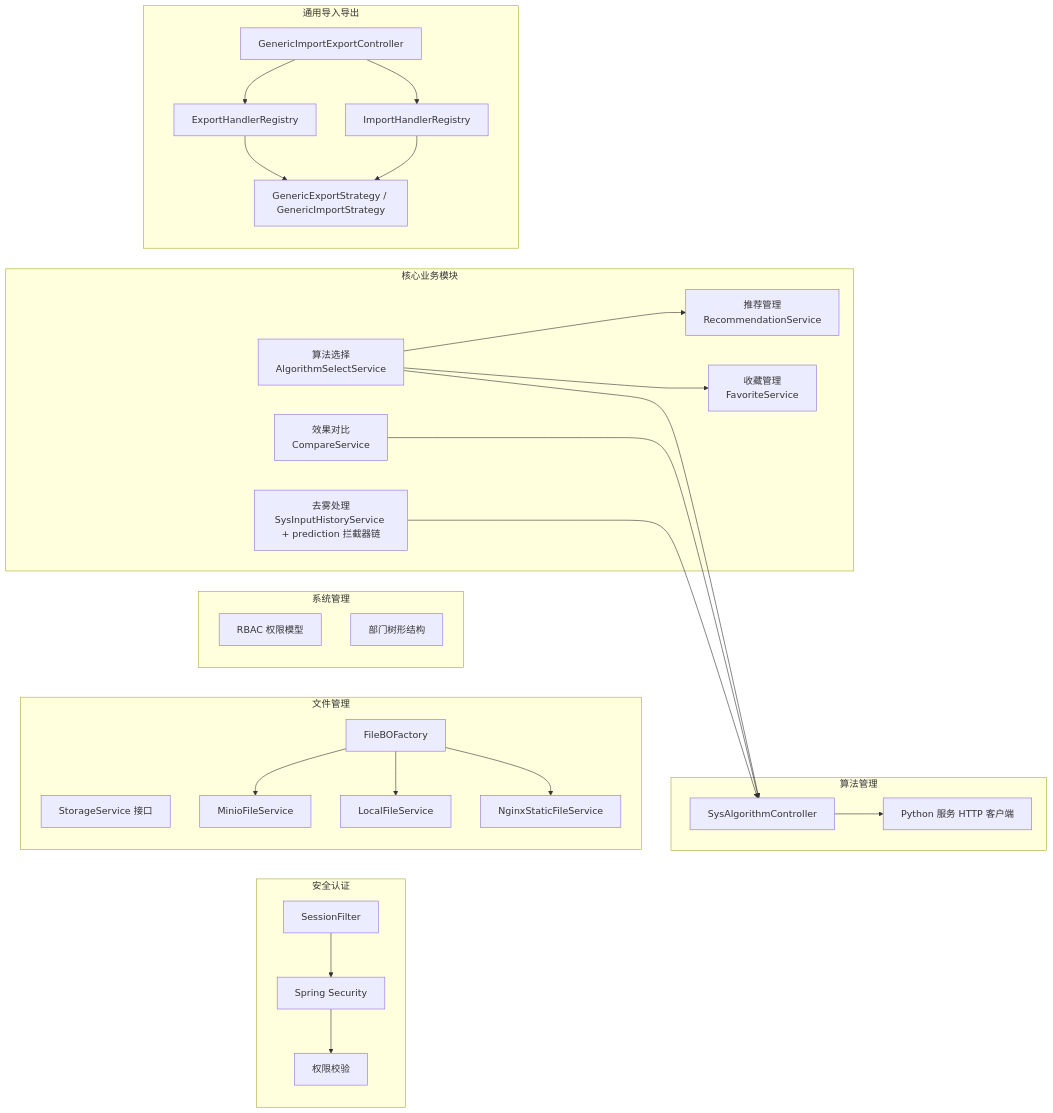
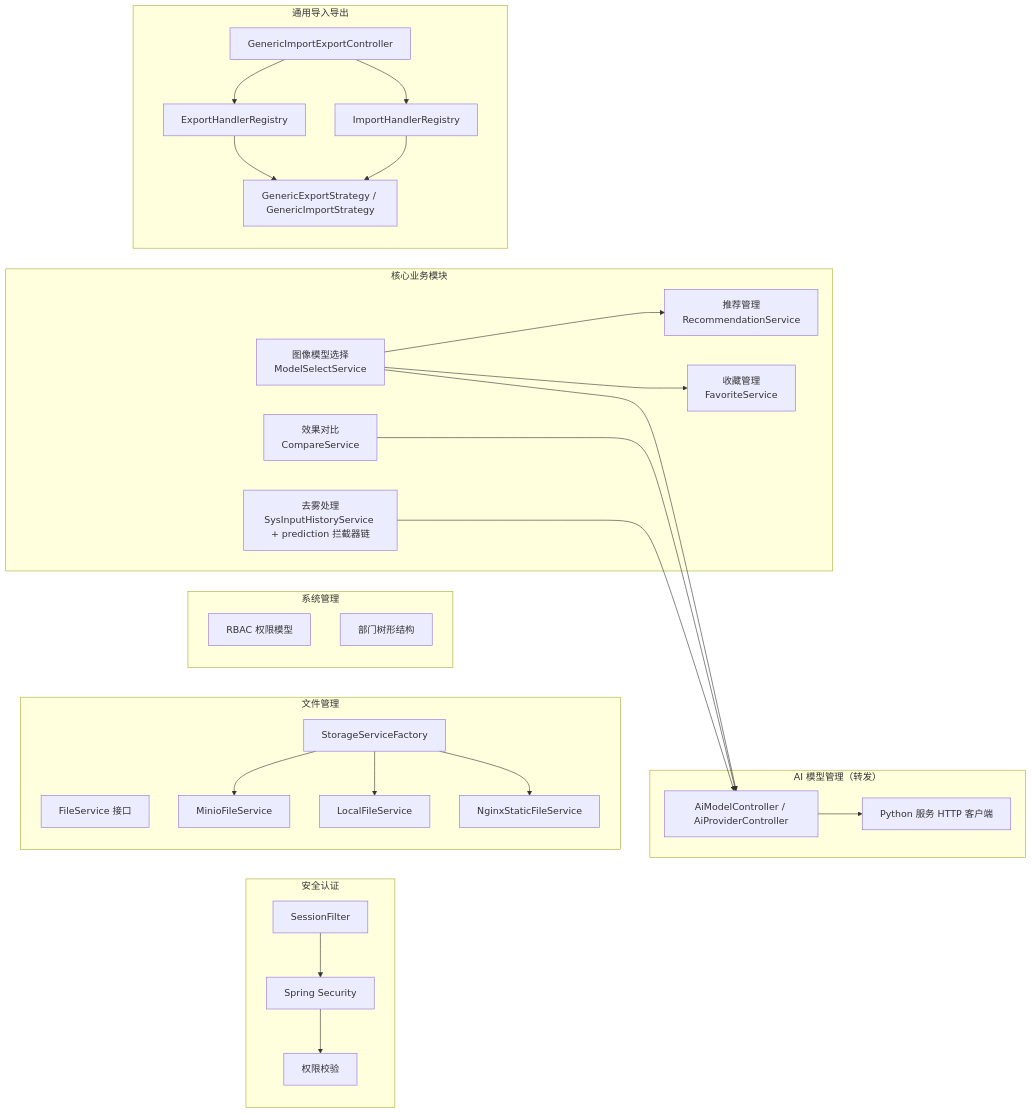
One commit to earthy-zinc/dehaze-system changed the third of 8 diagrams in dehaze-doc/docs/04-项目实现/后端/01-Java架构文档.md. Above: the diagram before and after it, drawn with Mermaid. The commit also changed other lines of this file and 239 other files, not shown here.

````diff
--- a/dehaze-doc/docs/04-项目实现/后端/01-Java架构文档.md
+++ b/dehaze-doc/docs/04-项目实现/后端/01-Java架构文档.md
@@ -154,57 +158,57 @@
 ```mermaid
 flowchart LR
     subgraph Security["安全认证"]
         SessionFilter["SessionFilter"]
         SecurityConfig["Spring Security"]
         PermissionService["权限校验"]
     end
 
     subgraph Storage["文件管理"]
-        StorageInterface["StorageService 接口"]
+        StorageInterface["FileService 接口"]
         Minio["MinioFileService"]
         Local["LocalFileService"]
         NginxStatic["NginxStaticFileService"]
-        Factory["FileBOFactory"]
+        Factory["StorageServiceFactory"]
     end
 
     subgraph System["系统管理"]
         RBAC["RBAC 权限模型"]
         DeptTree["部门树形结构"]
     end
 
-    subgraph Algorithm["算法管理"]
-        AlgoCtrl["SysAlgorithmController"]
+    subgraph Algorithm["AI 模型管理（转发）"]
+        AlgoCtrl["AiModelController / AiProviderController"]
         PythonClient["Python 服务 HTTP 客户端"]
     end
 
     subgraph CoreBusiness["核心业务模块"]
         Dehaze["去雾处理<br/>SysInputHistoryService + prediction 拦截器链"]
         Compare["效果对比<br/>CompareService"]
-        AlgoSelect["算法选择<br/>AlgorithmSelectService"]
+        AlgoSelect["图像模型选择<br/>ModelSelectService"]
         Recommend["推荐管理<br/>RecommendationService"]
         Favorite["收藏管理<br/>FavoriteService"]
     end
 
     subgraph ImportExport["通用导入导出"]
         GenericCtrl["GenericImportExportController"]
         ExportRegistry["ExportHandlerRegistry"]
         ImportRegistry["ImportHandlerRegistry"]
         Strategy["GenericExportStrategy / GenericImportStrategy"]
     end
 
     SessionFilter --> SecurityConfig
     SecurityConfig --> PermissionService
     Factory --> Minio
     Factory --> Local
     Factory --> NginxStatic
     AlgoCtrl --> PythonClient
     Dehaze --> AlgoCtrl
     Compare --> AlgoCtrl
     AlgoSelect --> AlgoCtrl
     AlgoSelect --> Recommend
     AlgoSelect --> Favorite
     GenericCtrl --> ExportRegistry
     GenericCtrl --> ImportRegistry
     ExportRegistry --> Strategy
     ImportRegistry --> Strategy
 ```
````
